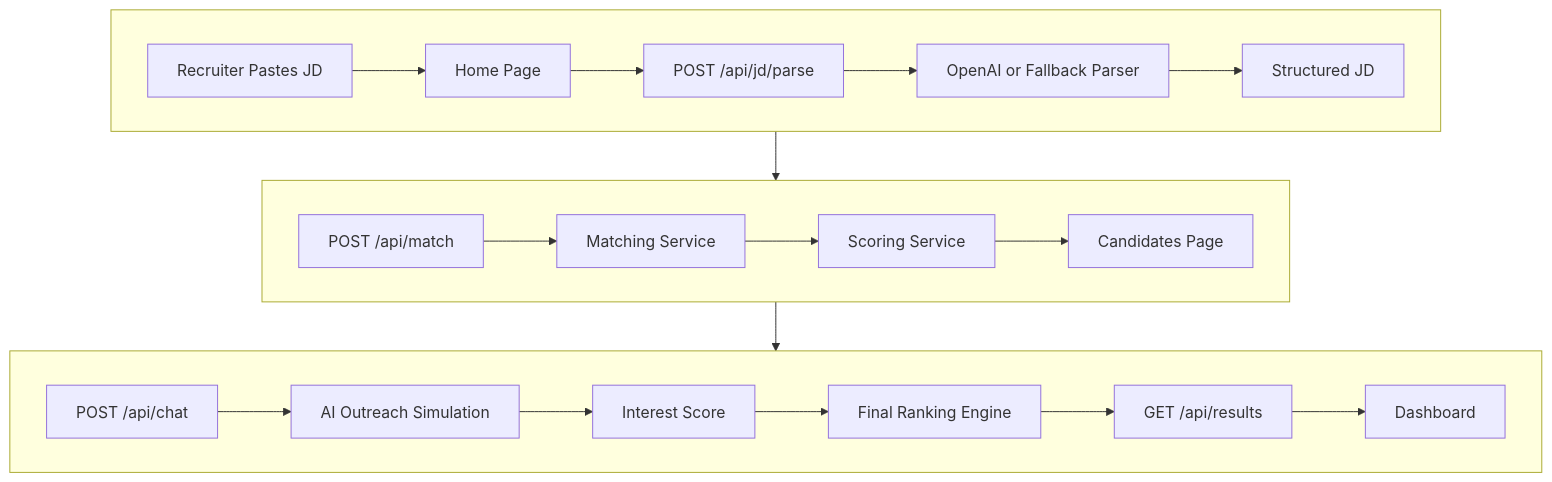
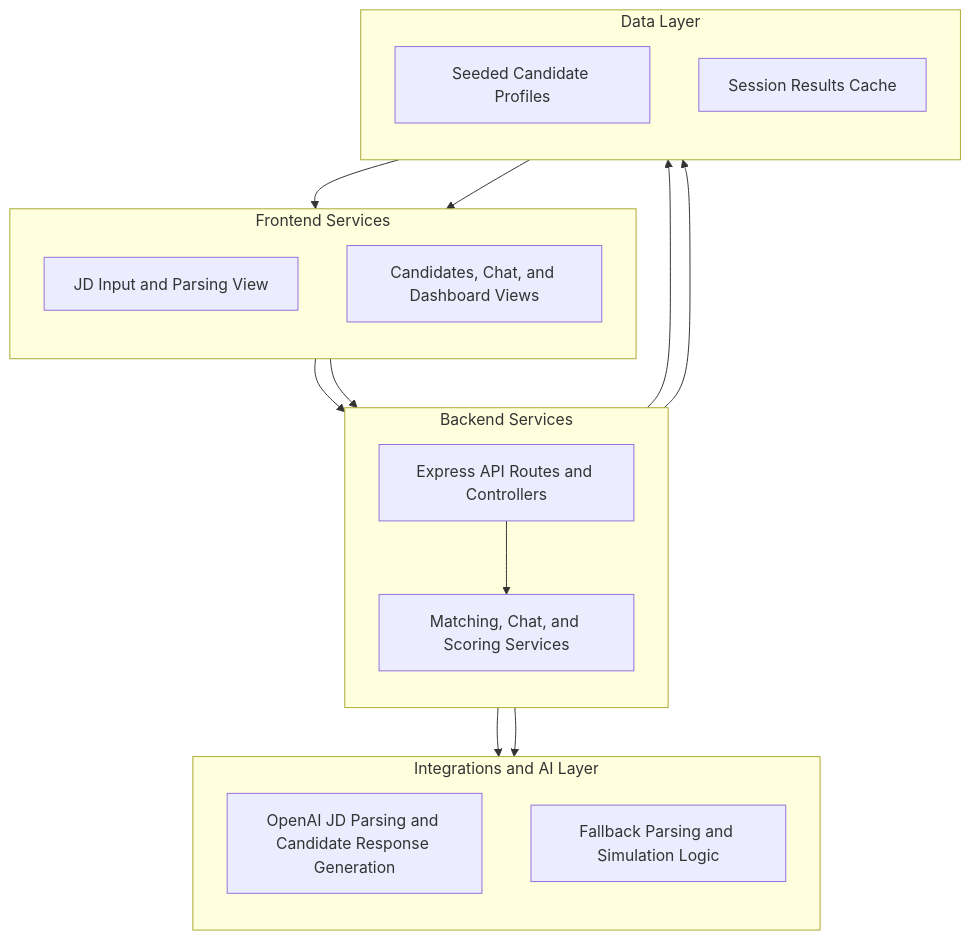
One commit to Nishu-06/ai-talent-scouting-agent changed the diagram in README.md. Above: the diagram before and after it, drawn with Mermaid.

Commit message:
Improve architecture diagram readability in README

````diff
--- a/README.md
+++ b/README.md
@@ -163,20 +163,36 @@
 ```mermaid
 flowchart TB
-    subgraph Row1[" "]
-        direction LR
-        A["Recruiter Pastes JD"] --> B["Home Page"] --> C["POST /api/jd/parse"] --> D["OpenAI or Fallback Parser"] --> E["Structured JD"]
+    subgraph FE["Frontend Services"]
+        direction TB
+        FE1["JD Input and Parsing View"]
+        FE2["Candidates, Chat, and Dashboard Views"]
     end
 
-    subgraph Row2[" "]
-        direction LR
-        F["POST /api/match"] --> G["Matching Service"] --> H["Scoring Service"] --> I["Candidates Page"]
+    subgraph BE["Backend Services"]
+        direction TB
+        BE1["Express API Routes and Controllers"]
+        BE2["Matching, Chat, and Scoring Services"]
     end
 
-    subgraph Row3[" "]
-        direction LR
-        J["POST /api/chat"] --> K["AI Outreach Simulation"] --> L["Interest Score"] --> M["Final Ranking Engine"] --> N["GET /api/results"] --> O["Dashboard"]
+    subgraph DL["Data Layer"]
+        direction TB
+        DL1["Seeded Candidate Profiles"]
+        DL2["Session Results Cache"]
     end
 
-    E --> F
-    I --> J
+    subgraph INT["Integrations and AI Layer"]
+        direction TB
+        INT1["OpenAI JD Parsing and Candidate Response Generation"]
+        INT2["Fallback Parsing and Simulation Logic"]
+    end
+
+    FE1 --> BE1
+    FE2 --> BE1
+    BE1 --> BE2
+    BE2 --> DL1
+    BE2 --> DL2
+    BE2 --> INT1
+    BE2 --> INT2
+    DL1 --> FE2
+    DL2 --> FE2
 ```
````
